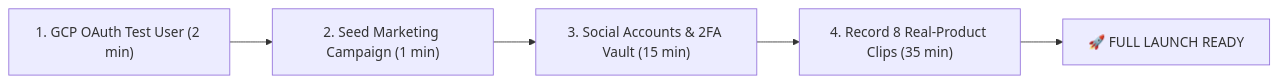
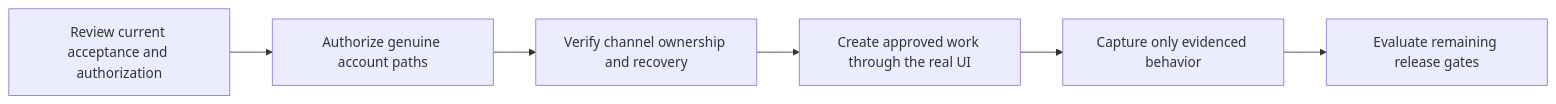
One commit to indii-music-founder/indii-music-founder changed the diagram in docs/launch/FOUNDER_LAUNCH_OPERATIONS_DOSSIER.md. Above: the diagram before and after it, drawn with Mermaid. The commit also changed other lines of this file and 1 other file, not shown here.

Commit message:
docs(launch): ground founder gates in actual acceptance (#554)

````diff
--- a/docs/launch/FOUNDER_LAUNCH_OPERATIONS_DOSSIER.md
+++ b/docs/launch/FOUNDER_LAUNCH_OPERATIONS_DOSSIER.md
@@ -18,7 +18,8 @@
 ```mermaid
 flowchart LR
-    A["1. GCP OAuth Test User (2 min)"] --> B["2. Seed Marketing Campaign (1 min)"]
-    B --> C["3. Social Accounts & 2FA Vault (15 min)"]
-    C --> D["4. Record 8 Real-Product Clips (35 min)"]
-    D --> E["🚀 FULL LAUNCH READY"]
+    A["Review current acceptance and authorization"] --> B["Authorize genuine account paths"]
+    B --> C["Verify channel ownership and recovery"]
+    C --> D["Create approved work through the real UI"]
+    D --> E["Capture only evidenced behavior"]
+    E --> F["Evaluate remaining release gates"]
 ```
````
